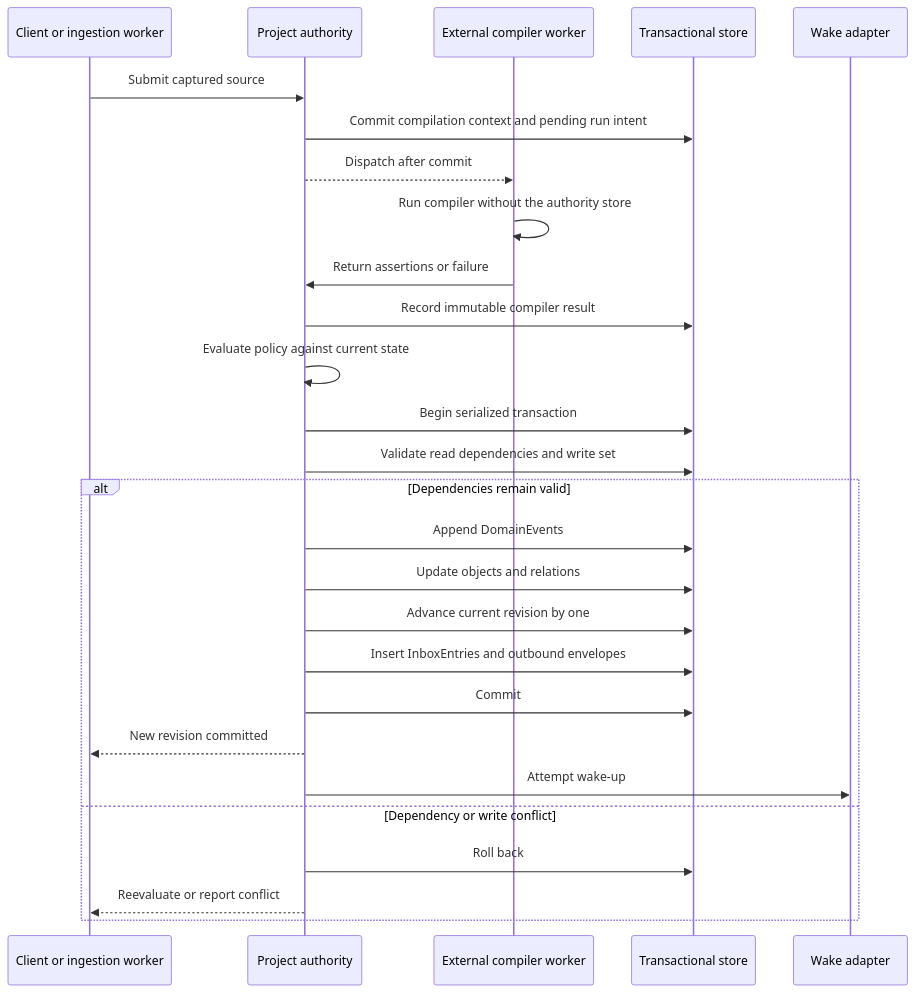
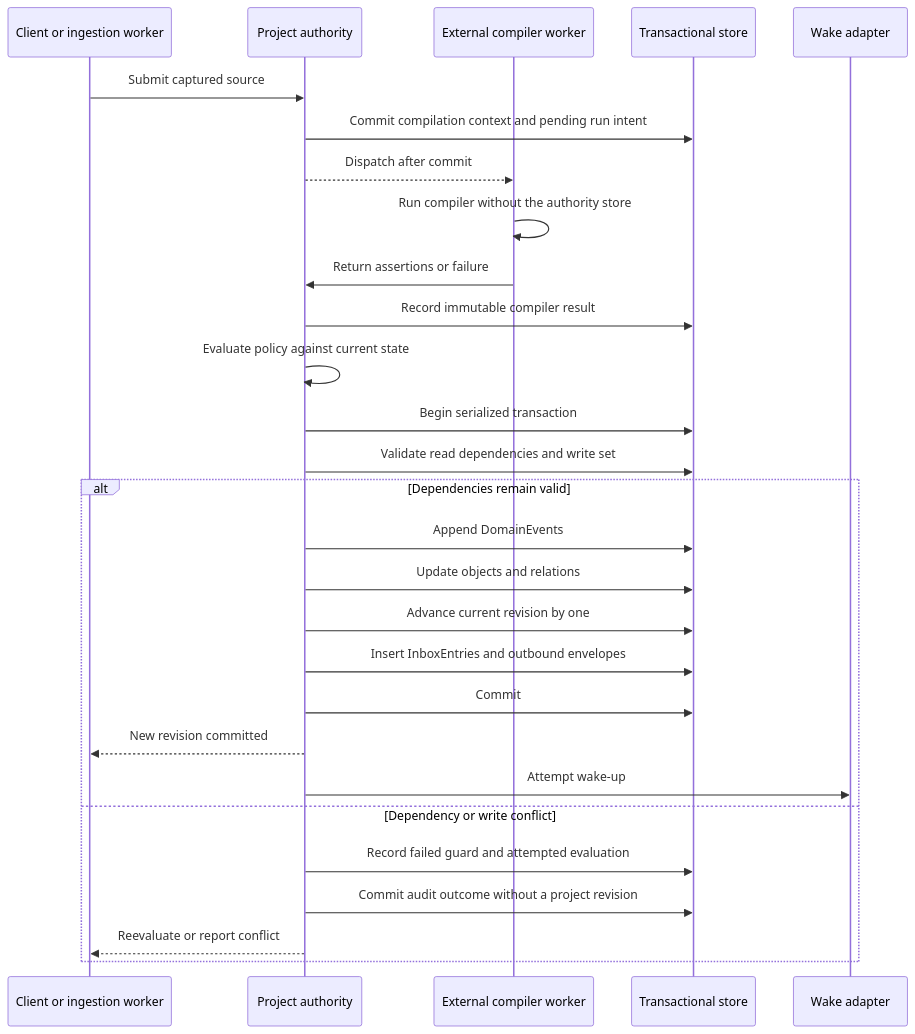
The third of 5 diagrams in docs/architecture.md (infagent/merl), drawn with Mermaid before and after one commit. The commit also changed other lines of this file, not shown here.

````diff
--- a/docs/architecture.md
+++ b/docs/architecture.md
@@ -688,30 +688,31 @@
 ```mermaid
 sequenceDiagram
     participant C as Client or ingestion worker
     participant A as Project authority
     participant X as External compiler worker
     participant DB as Transactional store
     participant W as Wake adapter
 
     C->>A: Submit captured source
     A->>DB: Commit compilation context and pending run intent
     A-->>X: Dispatch after commit
     X->>X: Run compiler without the authority store
     X->>A: Return assertions or failure
     A->>DB: Record immutable compiler result
     A->>A: Evaluate policy against current state
     A->>DB: Begin serialized transaction
     A->>DB: Validate read dependencies and write set
     alt Dependencies remain valid
         A->>DB: Append DomainEvents
         A->>DB: Update objects and relations
         A->>DB: Advance current revision by one
         A->>DB: Insert InboxEntries and outbound envelopes
         A->>DB: Commit
         A-->>C: New revision committed
         A->>W: Attempt wake-up
     else Dependency or write conflict
-        A->>DB: Roll back
+        A->>DB: Record failed guard and attempted evaluation
+        A->>DB: Commit audit outcome without a project revision
         A-->>C: Reevaluate or report conflict
     end
 ```
````
